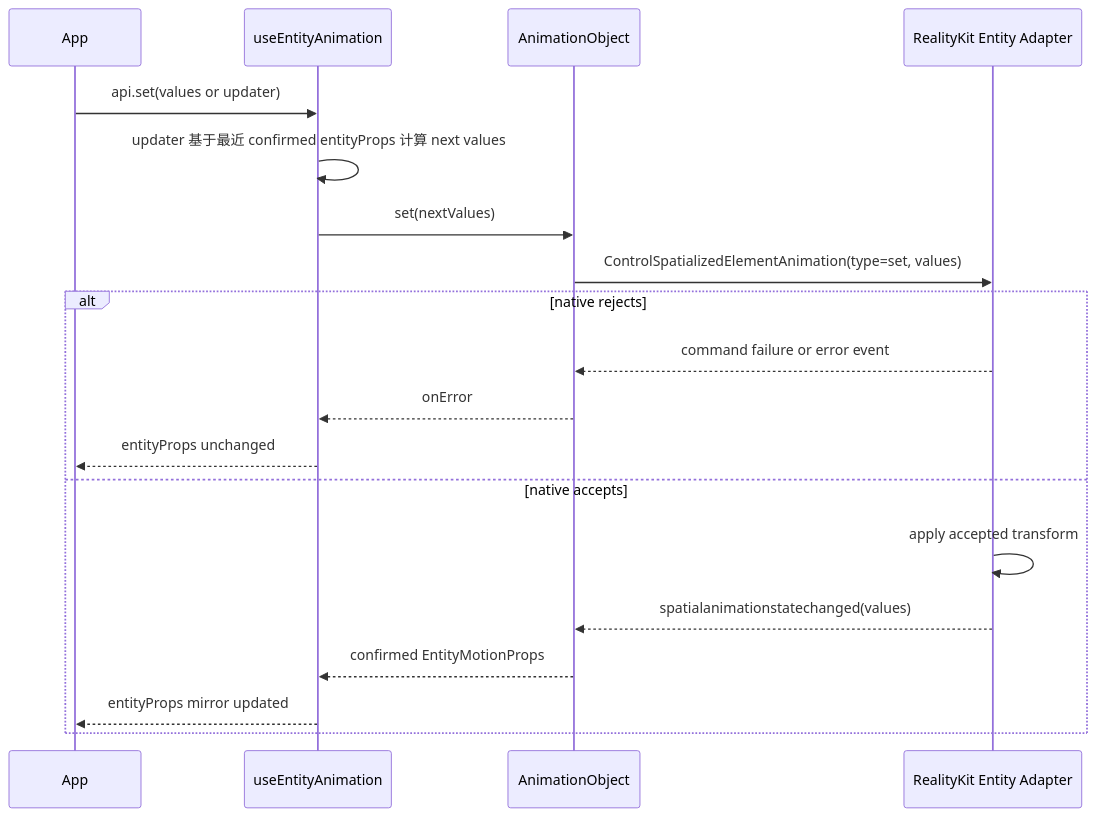
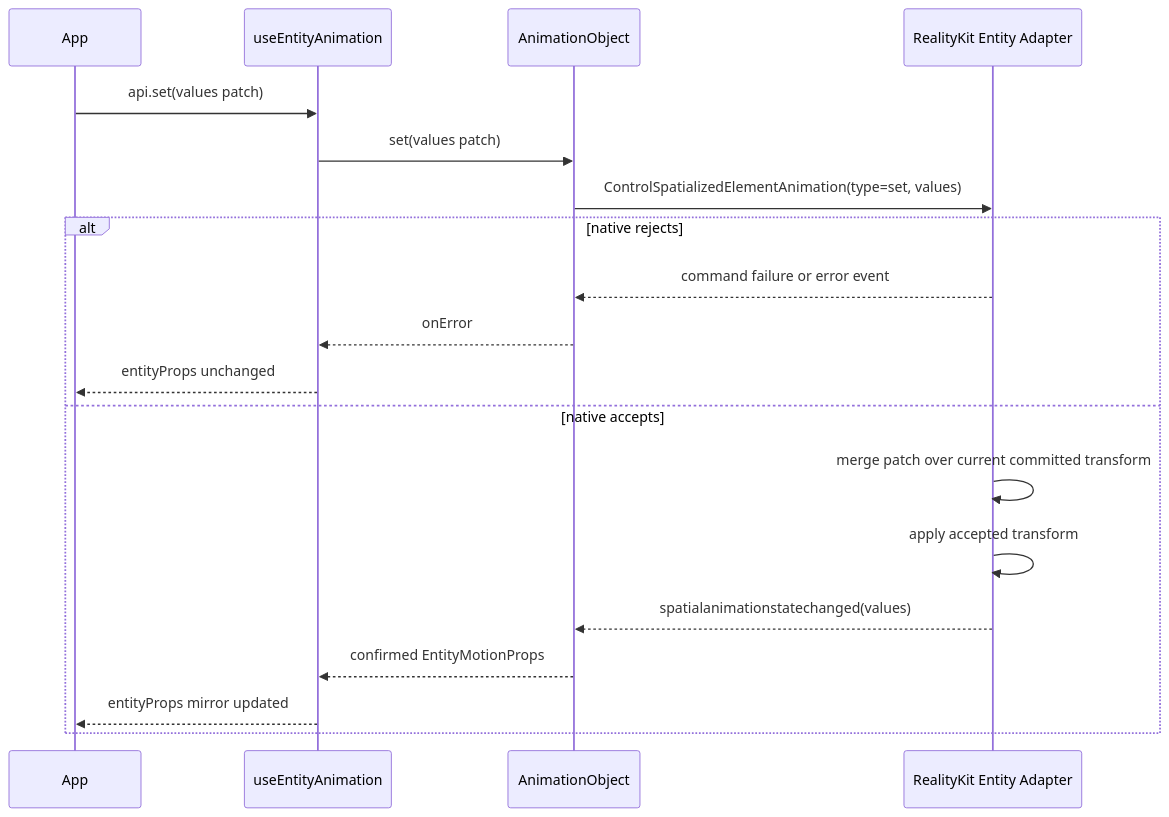
The fourth of 6 diagrams in openspec/changes/redesign-entity-motion-api/design.zh.md (webspatial/webspatial-sdk), drawn with Mermaid before and after one commit. The commit also changed other lines of this file and 7 other files, not shown here.

Commit message:
remove api.set(pre=> newState)

````diff
--- a/openspec/changes/redesign-entity-motion-api/design.zh.md
+++ b/openspec/changes/redesign-entity-motion-api/design.zh.md
@@ -261,22 +261,22 @@
 ```mermaid
 sequenceDiagram
     participant App
     participant Hook as useEntityAnimation
     participant Obj as AnimationObject
     participant Native as RealityKit Entity Adapter
 
-    App->>Hook: api.set(values or updater)
-    Hook->>Hook: updater 基于最近 confirmed entityProps 计算 next values
-    Hook->>Obj: set(nextValues)
+    App->>Hook: api.set(values patch)
+    Hook->>Obj: set(values patch)
     Obj->>Native: ControlSpatializedElementAnimation(type=set, values)
     alt native rejects
         Native-->>Obj: command failure or error event
         Obj-->>Hook: onError
         Hook-->>App: entityProps unchanged
     else native accepts
+        Native->>Native: merge patch over current committed transform
         Native->>Native: apply accepted transform
         Native-->>Obj: spatialanimationstatechanged(values)
         Obj-->>Hook: confirmed EntityMotionProps
         Hook-->>App: entityProps mirror updated
     end
 ```
````
